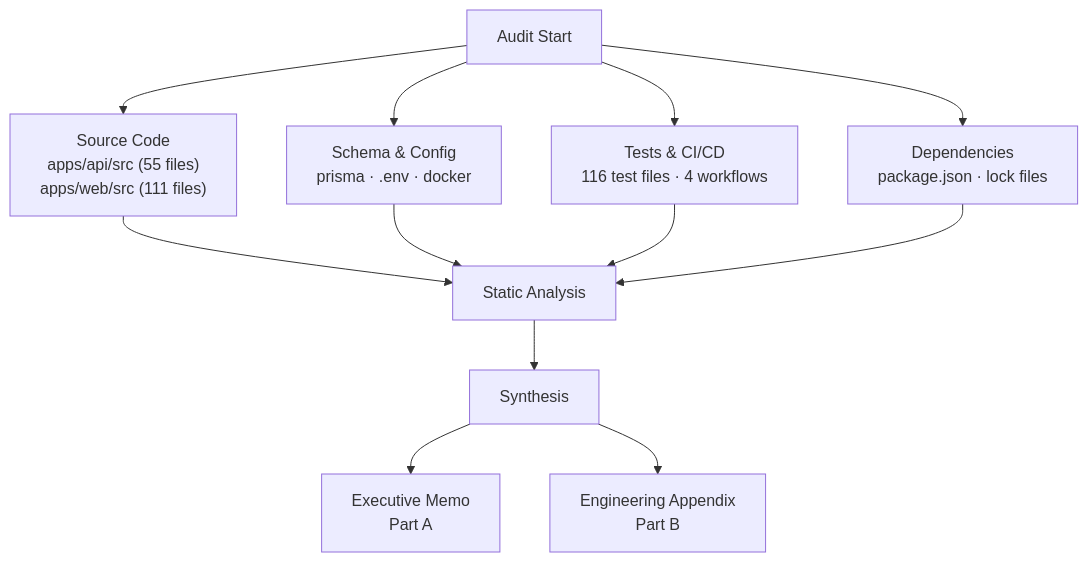
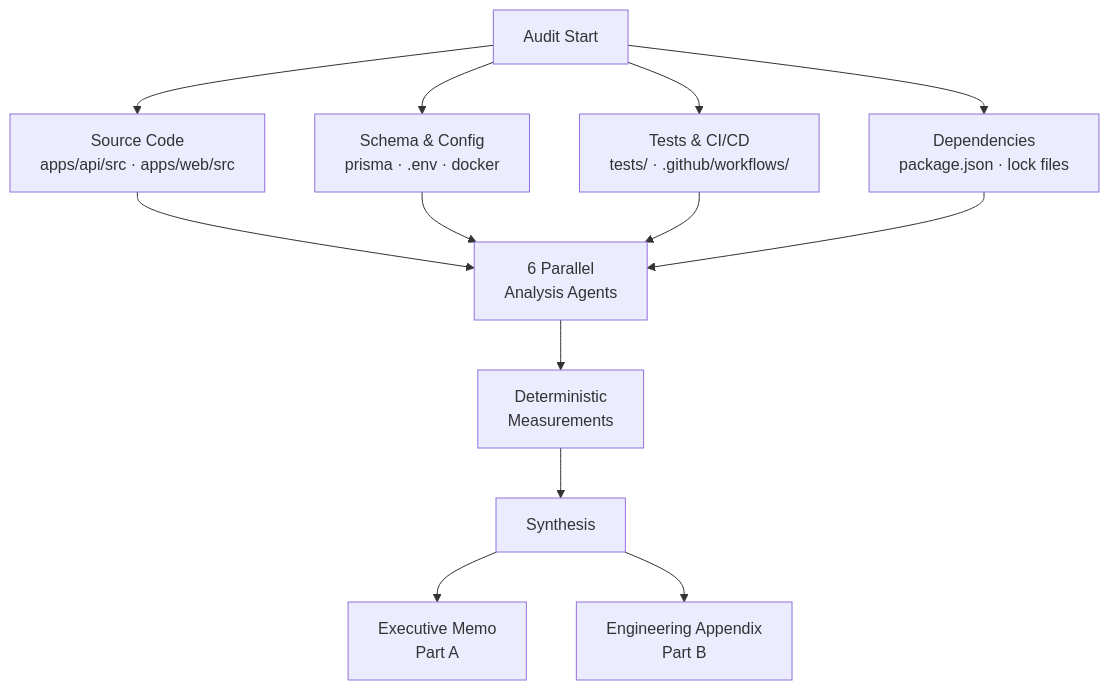
One commit to Tamoura/Claude-Code-creates-the-SW-company changed the first of 12 diagrams in products/stablecoin-gateway/docs/AUDIT-REPORT.md. Above: the diagram before and after it, drawn with Mermaid. The commit also changed other lines of this file and 9 other files, not shown here.

````diff
--- a/products/stablecoin-gateway/docs/AUDIT-REPORT.md
+++ b/products/stablecoin-gateway/docs/AUDIT-REPORT.md
@@ -53,14 +51,15 @@
 ```mermaid
 flowchart TD
-    A[Audit Start] --> B["Source Code\napps/api/src (55 files)\napps/web/src (111 files)"]
-    A --> C["Schema & Config\nprisma · .env · docker"]
-    A --> D["Tests & CI/CD\n116 test files · 4 workflows"]
-    A --> E["Dependencies\npackage.json · lock files"]
-    B --> F[Static Analysis]
+    A[Audit Start] --> B[Source Code<br/>apps/api/src · apps/web/src]
+    A --> C[Schema & Config<br/>prisma · .env · docker]
+    A --> D[Tests & CI/CD<br/>tests/ · .github/workflows/]
+    A --> E[Dependencies<br/>package.json · lock files]
+    B --> F[6 Parallel<br/>Analysis Agents]
     C --> F
     D --> F
     E --> F
-    F --> G[Synthesis]
-    G --> H["Executive Memo\nPart A"]
-    G --> I["Engineering Appendix\nPart B"]
+    F --> G[Deterministic<br/>Measurements]
+    G --> H[Synthesis]
+    H --> I[Executive Memo<br/>Part A]
+    H --> J[Engineering Appendix<br/>Part B]
 ```
````
